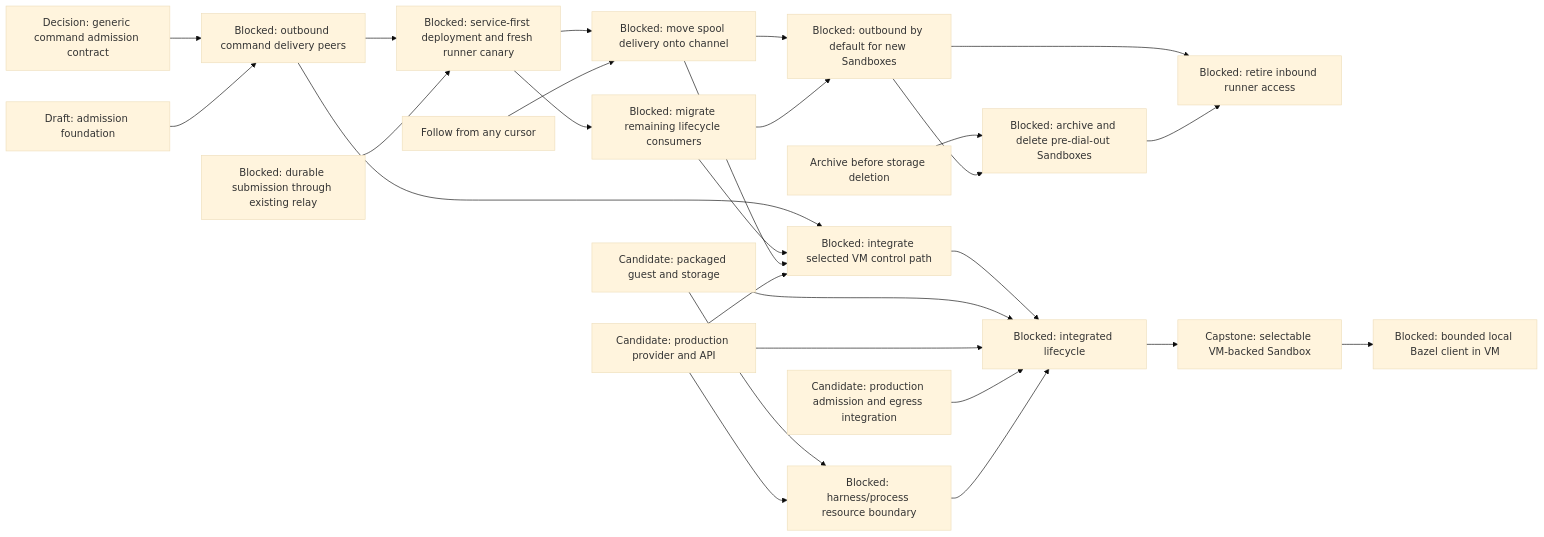
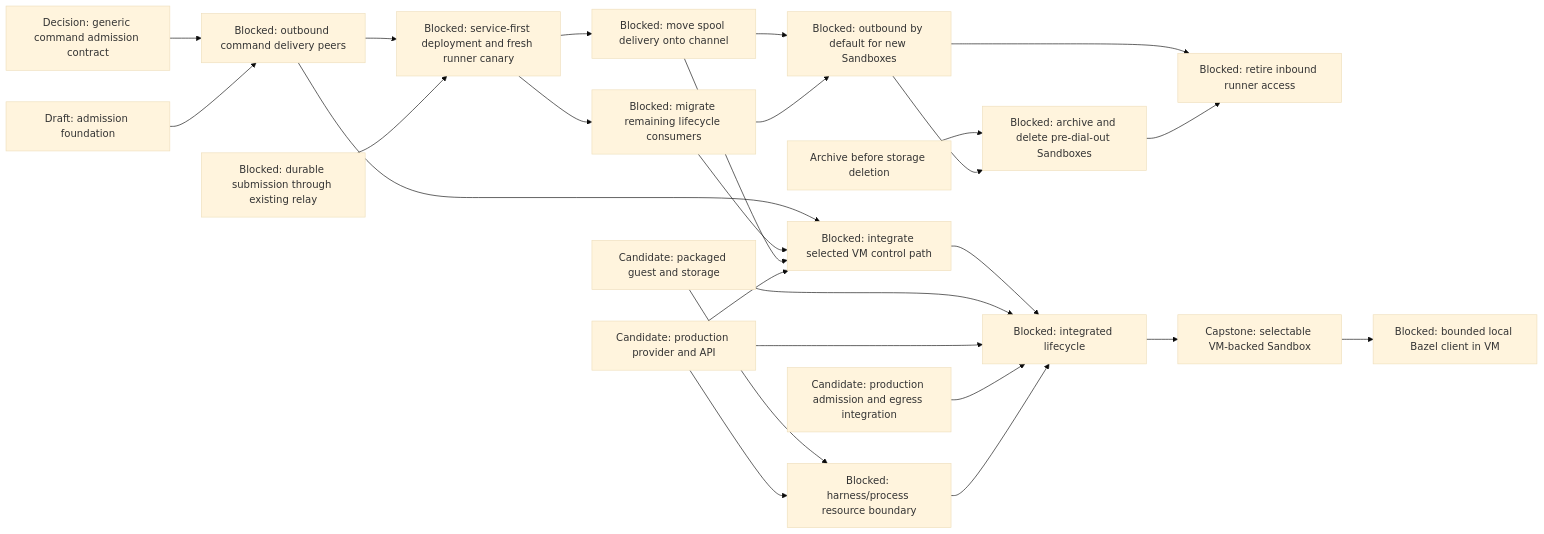
One commit to agentydragon-agent/ducktape changed the sixth of 9 diagrams in agentplane/plans/task_dag.md. Above: the diagram before and after it, drawn with Mermaid (base theme). The commit also changed other lines of this file and 5 other files, not shown here.

````diff
--- a/agentplane/plans/task_dag.md
+++ b/agentplane/plans/task_dag.md
@@ -423,41 +423,40 @@
 ```mermaid
 flowchart LR
     RUNNER_OUTBOUND_CHANNEL[Blocked: outbound command delivery peers]
     RUNNER_OUTBOUND_CANARY[Blocked: service-first deployment and fresh runner canary]
     SESSION_COMMAND_SUBMISSION[Blocked: durable submission through existing relay]
     RUNNER_OUTBOUND_SPOOL[Blocked: move spool delivery onto channel]
     RUNNER_OUTBOUND_LIFECYCLE[Blocked: migrate remaining lifecycle consumers]
     RUNNER_OUTBOUND_ROLLOUT[Blocked: outbound by default for new Sandboxes]
     VM_CONTROL_NETWORKING[Blocked: integrate selected VM control path]
     VM_IMAGE[Candidate: packaged guest and storage]
     VM_PROVIDER[Candidate: production provider and API]
     VM_EGRESS[Candidate: production admission and egress integration]
     VM_PROCESS_ISOLATION[Blocked: harness/process resource boundary]
     VM_LIFECYCLE[Blocked: integrated lifecycle]
     SESSION_COMMAND_CONTRACT[Decision: generic command admission contract] --> RUNNER_OUTBOUND_CHANNEL
     SESSION_COMMAND_CORE[Draft: admission foundation] --> RUNNER_OUTBOUND_CHANNEL
     RUNNER_OUTBOUND_CHANNEL --> VM_CONTROL_NETWORKING
     RUNNER_OUTBOUND_LIFECYCLE --> VM_CONTROL_NETWORKING
     RUNNER_OUTBOUND_SPOOL --> VM_CONTROL_NETWORKING
     RUNNER_OUTBOUND_CHANNEL --> RUNNER_OUTBOUND_CANARY
     SESSION_COMMAND_SUBMISSION --> RUNNER_OUTBOUND_CANARY
     RUNNER_OUTBOUND_CANARY --> RUNNER_OUTBOUND_SPOOL
     RUNNER_OUTBOUND_CANARY --> RUNNER_OUTBOUND_LIFECYCLE
     RUNNER_OUTBOUND_SPOOL --> RUNNER_OUTBOUND_ROLLOUT
     RUNNER_OUTBOUND_LIFECYCLE --> RUNNER_OUTBOUND_ROLLOUT
     RUNNER_OUTBOUND_ROLLOUT --> RUNNER_INBOUND_RETIRE[Blocked: retire inbound runner access]
     SANDBOX_LIFECYCLE_DURABILITY[Archive before storage deletion] --> LEGACY_SANDBOX_RETIRE[Blocked: archive and delete pre-dial-out Sandboxes]
     RUNNER_OUTBOUND_ROLLOUT --> LEGACY_SANDBOX_RETIRE
     LEGACY_SANDBOX_RETIRE --> RUNNER_INBOUND_RETIRE
-    FOLLOW_REPLAY[Follow from any cursor] --> RUNNER_OUTBOUND_SPOOL
     VM_PROVIDER --> VM_CONTROL_NETWORKING
     VM_CONTROL_NETWORKING --> VM_LIFECYCLE
     VM_IMAGE --> VM_PROCESS_ISOLATION
     VM_PROVIDER --> VM_PROCESS_ISOLATION
     VM_IMAGE --> VM_LIFECYCLE
     VM_PROVIDER --> VM_LIFECYCLE
     VM_EGRESS --> VM_LIFECYCLE
     VM_PROCESS_ISOLATION --> VM_LIFECYCLE
     VM_LIFECYCLE --> SANDBOX_VM_ISOLATION[Capstone: selectable VM-backed Sandbox]
     SANDBOX_VM_ISOLATION --> LOCAL_BAZEL[Blocked: bounded local Bazel client in VM]
 ```
````
